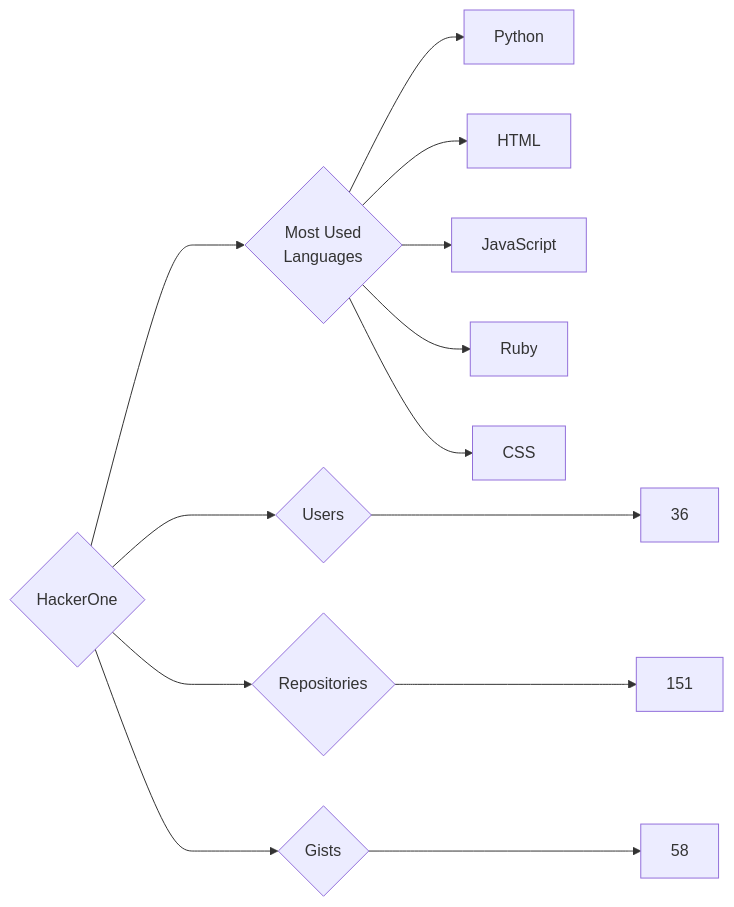
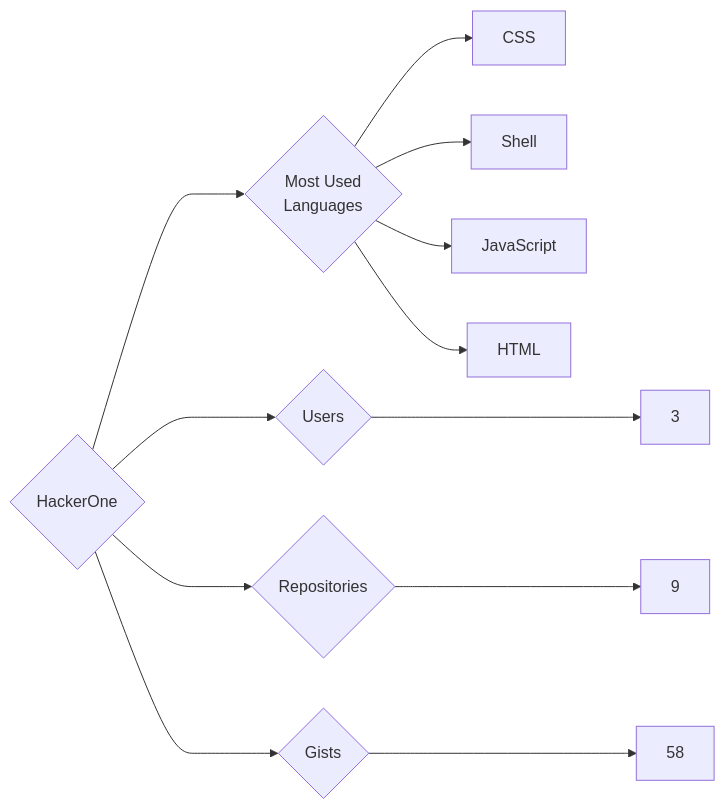
The diagram in targets/HackerOne/README.md (trickest/insiders), drawn with Mermaid before and after one commit. The commit also changed 845 other files, not shown here.

````diff
--- a/targets/HackerOne/README.md
+++ b/targets/HackerOne/README.md
@@ -3,13 +3,12 @@
 ```mermaid
 graph LR
 COMPANY_NAME{HackerOne}
-COMPANY_NAME ---> U{Users} ---> UN[36]
-COMPANY_NAME ---> R{Repositories} ---> RN[151]
+COMPANY_NAME ---> U{Users} ---> UN[3]
+COMPANY_NAME ---> R{Repositories} ---> RN[9]
 COMPANY_NAME ---> G{Gists} ---> GN[58]
 COMPANY_NAME ---> ML{Most Used<br>Languages}
-ML --> Python[Python]
+ML --> CSS[CSS]
+ML --> Shell[Shell]
+ML --> JavaScript[JavaScript]
 ML --> HTML[HTML]
-ML --> JavaScript[JavaScript]
-ML --> Ruby[Ruby]
-ML --> CSS[CSS]
 ```
````
